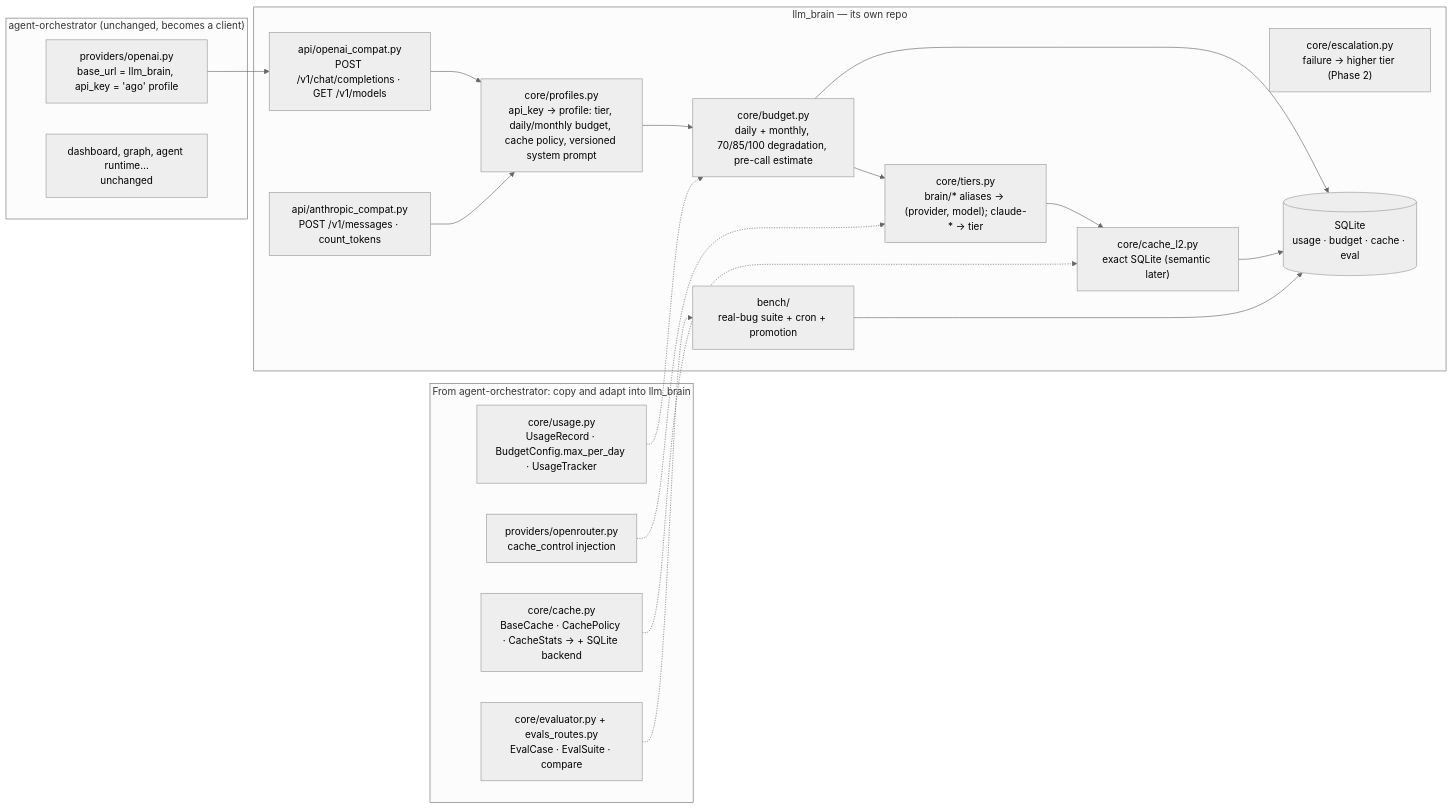
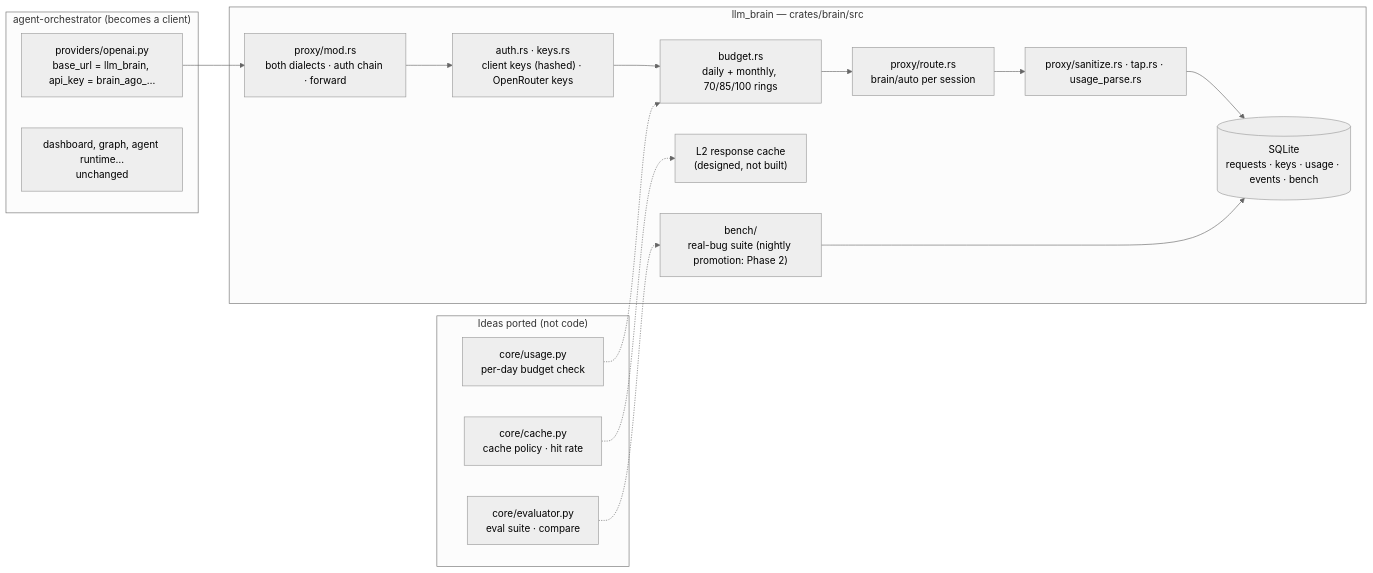
One commit to pjcau/llm_brain changed the diagram in docs/analysis/agent-orchestrator.md. Above: the diagram before and after it, drawn with Mermaid (neutral theme). The commit also changed other lines of this file and 42 other files, not shown here.

````diff
--- a/docs/analysis/agent-orchestrator.md
+++ b/docs/analysis/agent-orchestrator.md
@@ -42,34 +41,31 @@
 ```mermaid
 flowchart LR
-    subgraph AO["agent-orchestrator (unchanged, becomes a client)"]
-        A1["providers/openai.py<br/>base_url = llm_brain, api_key = 'ago' profile"]
+    subgraph AO["agent-orchestrator (becomes a client)"]
+        A1["providers/openai.py<br/>base_url = llm_brain, api_key = brain_ago_…"]
         A2["dashboard, graph, agent runtime…<br/>unchanged"]
     end
 
-    subgraph REUSE["From agent-orchestrator: copy and adapt into llm_brain"]
-        R1["core/usage.py<br/>UsageRecord · BudgetConfig.max_per_day · UsageTracker"]
-        R2["core/cache.py<br/>BaseCache · CachePolicy · CacheStats → + SQLite backend"]
-        R3["providers/openrouter.py<br/>cache_control injection"]
-        R4["core/evaluator.py + evals_routes.py<br/>EvalCase · EvalSuite · compare"]
+    subgraph REUSE["Ideas ported (not code)"]
+        R1["core/usage.py<br/>per-day budget check"]
+        R2["core/cache.py<br/>cache policy · hit rate"]
+        R4["core/evaluator.py<br/>eval suite · compare"]
     end
 
-    subgraph NEW["llm_brain — its own repo"]
-        N1["api/openai_compat.py<br/>POST /v1/chat/completions · GET /v1/models"]
-        N2["api/anthropic_compat.py<br/>POST /v1/messages · count_tokens"]
-        N3["core/profiles.py<br/>api_key → profile: tier, daily/monthly budget, cache policy, versioned system prompt"]
-        N4["core/tiers.py<br/>brain/* aliases → (provider, model); claude-* → tier"]
-        N5["core/budget.py<br/>daily + monthly, 70/85/100 degradation, pre-call estimate"]
-        N6["core/cache_l2.py<br/>exact SQLite (semantic later)"]
-        N7["core/escalation.py<br/>failure → higher tier (Phase 2)"]
-        N8["bench/<br/>real-bug suite + cron + promotion"]
-        DB[("SQLite<br/>usage · budget · cache · eval")]
+    subgraph NEW["llm_brain — crates/brain/src"]
+        N1["proxy/mod.rs<br/>both dialects · auth chain · forward"]
+        N2["auth.rs · keys.rs<br/>client keys (hashed) · OpenRouter keys"]
+        N3["budget.rs<br/>daily + monthly, 70/85/100 rings"]
+        N4["proxy/route.rs<br/>brain/auto per session"]
+        N5["proxy/sanitize.rs · tap.rs · usage_parse.rs"]
+        N6["L2 response cache<br/>(designed, not built)"]
+        N8["bench/<br/>real-bug suite (nightly promotion: Phase 2)"]
+        DB[("SQLite<br/>requests · keys · usage · events · bench")]
     end
 
     A1 --> N1
-    N1 & N2 --> N3 --> N5 --> N4 --> N6
-    R1 -.-> N5
+    N1 --> N2 --> N3 --> N4 --> N5
+    R1 -.-> N3
     R2 -.-> N6
-    R3 -.-> N4
     R4 -.-> N8
-    N5 & N6 & N8 --> DB
+    N5 & N8 --> DB
 ```
````
